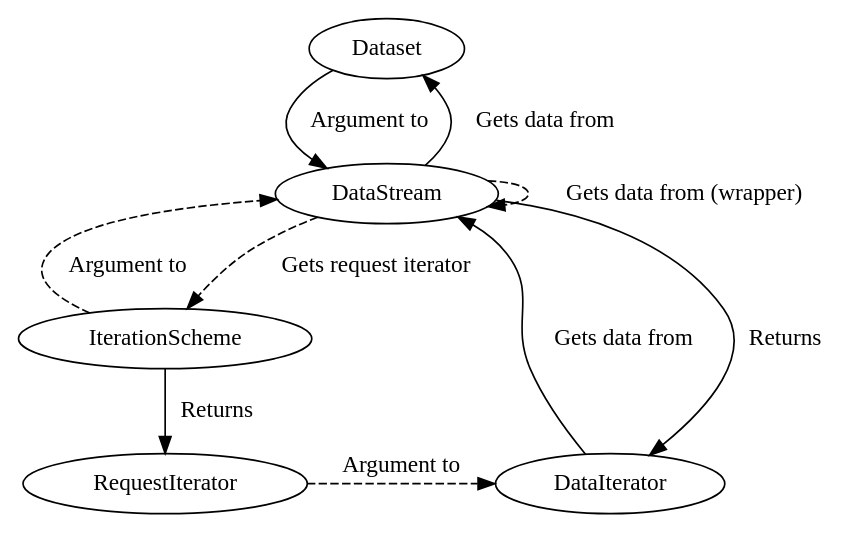
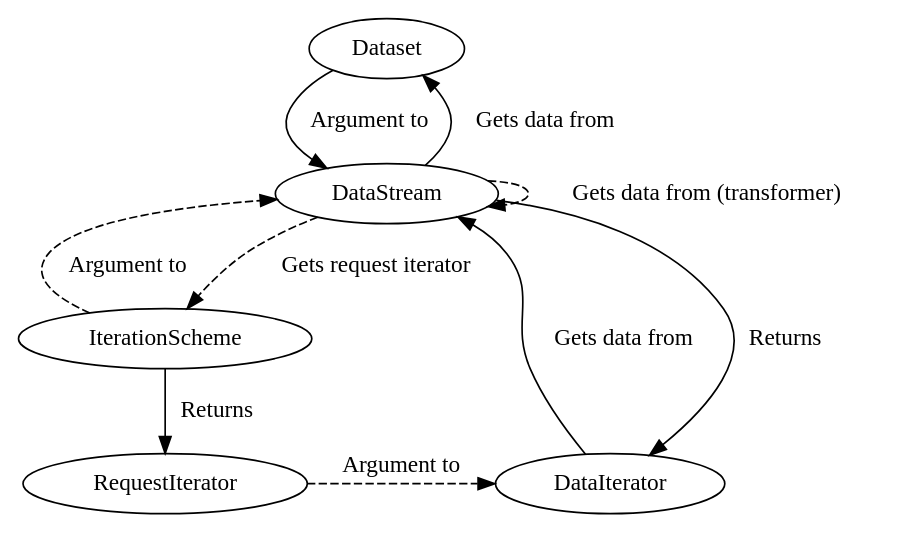
Before and after one commit to rizar/attention-lvcsr: the diagram in docs/overview.rst, drawn with Graphviz. The commit also changed other lines of this file and 100 other files, not shown here.

```diff
--- a/docs/overview.rst
+++ b/docs/overview.rst
@@ -7,13 +37,12 @@
 .. digraph:: datasets
-   :caption: A simplified overview of the interactions between the different parts of the data-handling classes in Blocks. Dashed lines are optional.
 
    Dataset -> DataStream [label=" Argument to"];
    DataStream -> Dataset [label=" Gets data from"];
    DataStream -> DataIterator [label=" Returns"];
    IterationScheme -> DataStream [style=dashed, label=" Argument to"];
    DataStream -> IterationScheme [style=dashed, label=" Gets request iterator"];
    IterationScheme -> RequestIterator [label=" Returns"];
    RequestIterator -> DataIterator [style=dashed, label=" Argument to"];
    DataIterator -> DataStream [label=" Gets data from"];
-   DataStream -> DataStream [style=dashed, label=" Gets data from (wrapper)"];
-   { rank=same; RequestIterator, DataIterator }
+   DataStream -> DataStream [style=dashed, label=" Gets data from (transformer)"];
+   { rank=same; RequestIterator DataIterator }
```
